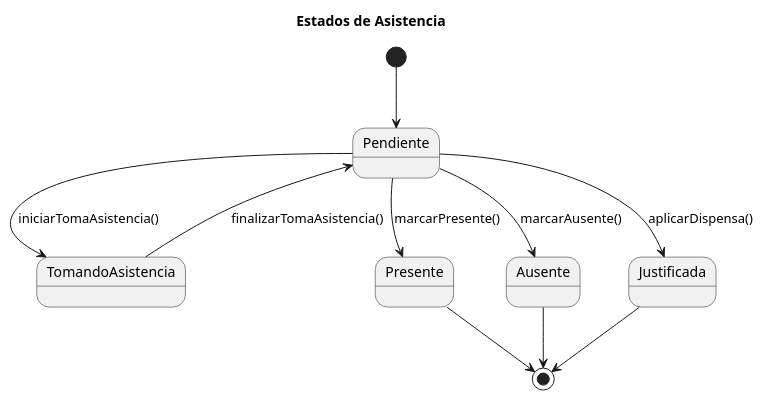
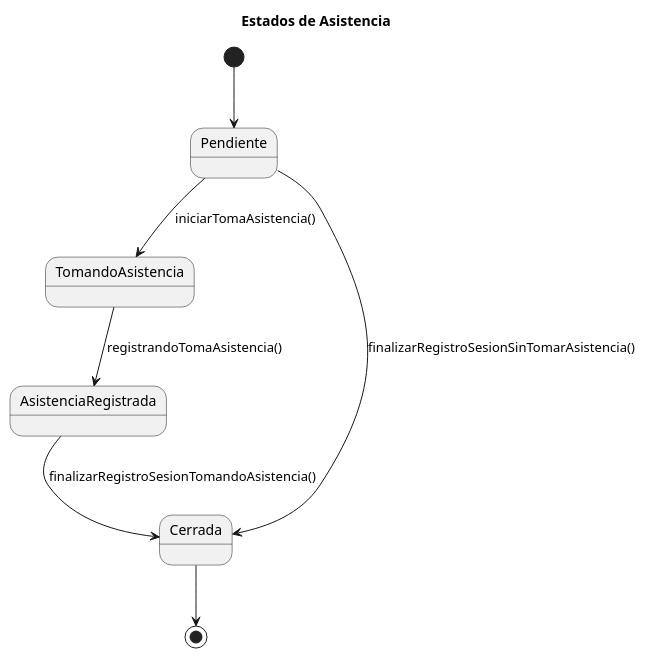
The diagram in documents/ModeloDelDominio/DiagramasDeEstado/Asistencia/Asistencia.puml (enmabry/25-26-IdSw1-SdR), drawn with PlantUML before and after one commit. The commit also changed 1 other file, not shown here.

Commit message:
Diagrama Estados Asistencia Modificacion

```diff
--- a/documents/ModeloDelDominio/DiagramasDeEstado/Asistencia/Asistencia.puml
+++ b/documents/ModeloDelDominio/DiagramasDeEstado/Asistencia/Asistencia.puml
@@ -1,17 +1,14 @@
 @startuml
 title Estados de Asistencia
 
 [*] --> Pendiente
 
 Pendiente --> TomandoAsistencia : iniciarTomaAsistencia()
-TomandoAsistencia --> Pendiente : finalizarTomaAsistencia()
+TomandoAsistencia --> AsistenciaRegistrada : registrandoTomaAsistencia()
 
-Pendiente --> Presente : marcarPresente()
-Pendiente --> Ausente : marcarAusente()
-Pendiente --> Justificada : aplicarDispensa()
+AsistenciaRegistrada --> Cerrada : finalizarRegistroSesionTomandoAsistencia()
+Pendiente --> Cerrada : finalizarRegistroSesionSinTomarAsistencia()
 
-Presente --> [*]
-Ausente --> [*]
-Justificada --> [*]
+Cerrada --> [*]
 
 @enduml
```
